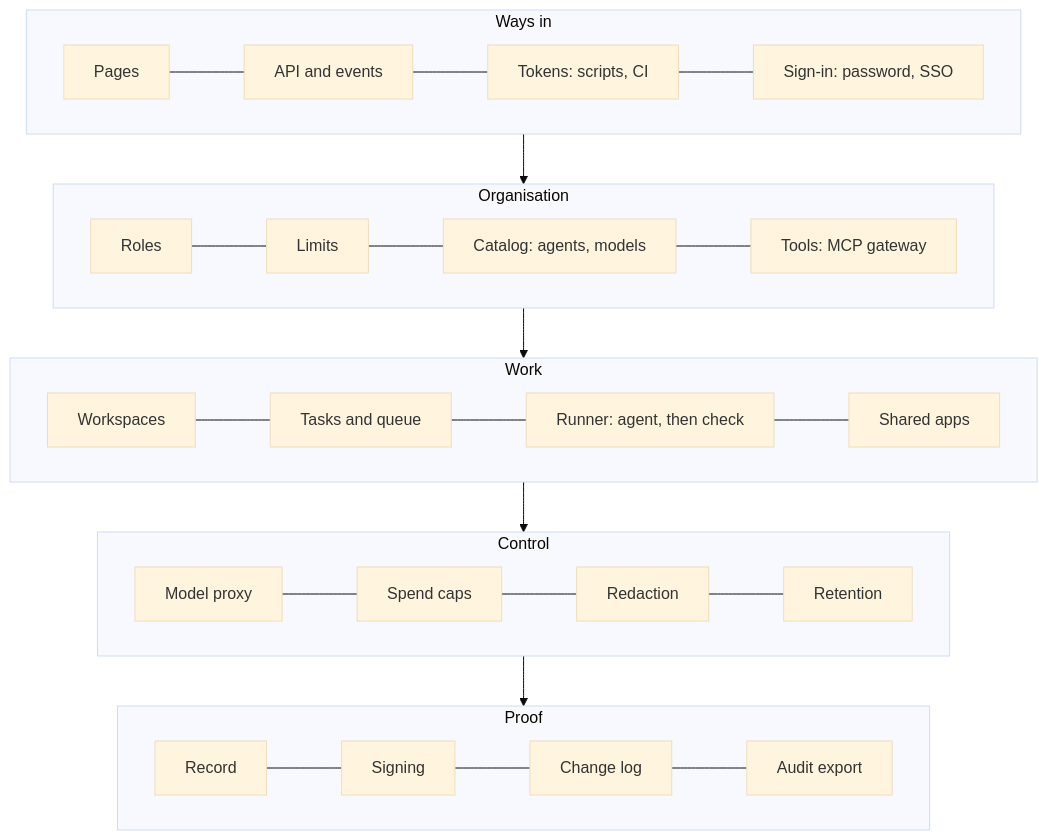
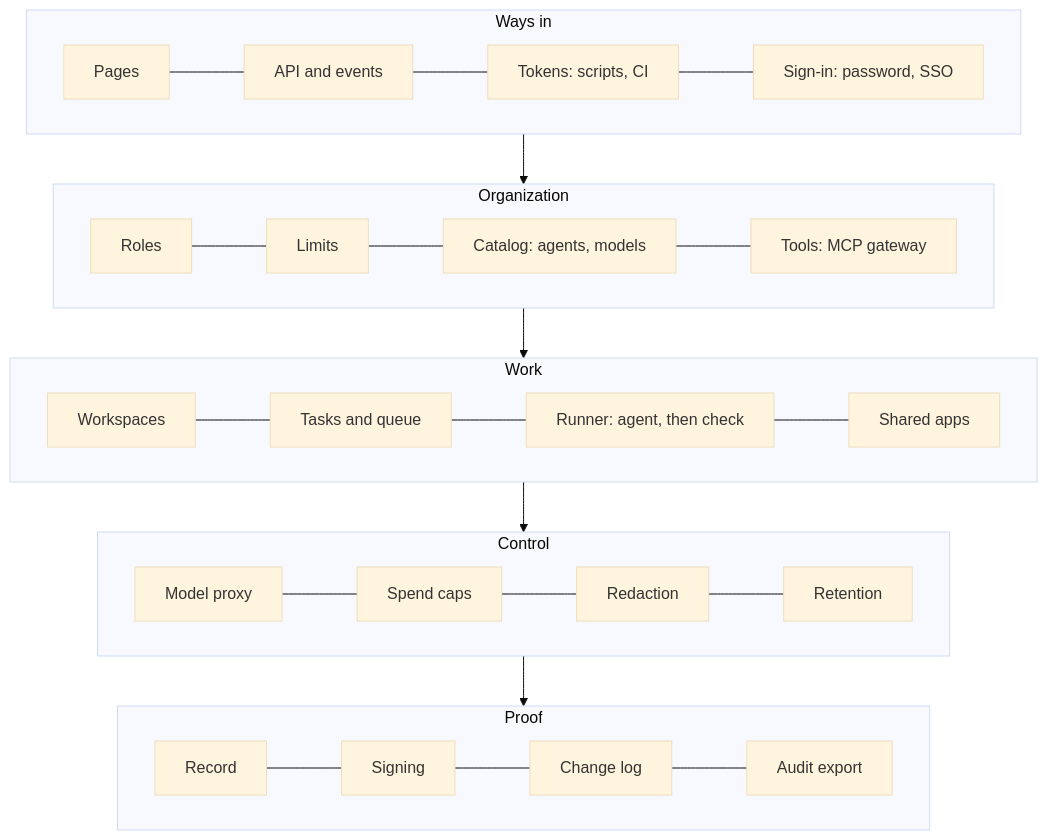
Before and after one commit to getlatentic/gusto: the third of 5 diagrams in docs/ARCHITECTURE.md, drawn with Mermaid (base theme). The commit also changed other lines of this file and 308 other files, not shown here.

````diff
--- a/docs/ARCHITECTURE.md
+++ b/docs/ARCHITECTURE.md
@@ -62,19 +62,19 @@
 ```mermaid
 flowchart TB
   subgraph in["Ways in"]
     P1[Pages] --- P2[API and events] --- P3[Tokens: scripts, CI] --- P4[Sign-in: password, SSO]
   end
-  subgraph org["Organisation"]
+  subgraph org["Organization"]
     O1[Roles] --- O2[Limits] --- O3[Catalog: agents, models] --- O4[Tools: MCP gateway]
   end
   subgraph work["Work"]
     W1[Workspaces] --- W2[Tasks and queue] --- W3[Runner: agent, then check] --- W4[Shared apps]
   end
   subgraph ctl["Control"]
     C1[Model proxy] --- C2[Spend caps] --- C3[Redaction] --- C4[Retention]
   end
   subgraph proof["Proof"]
     R1[Record] --- R2[Signing] --- R3[Change log] --- R4[Audit export]
   end
   in --> org --> work --> ctl --> proof
 ```
````
